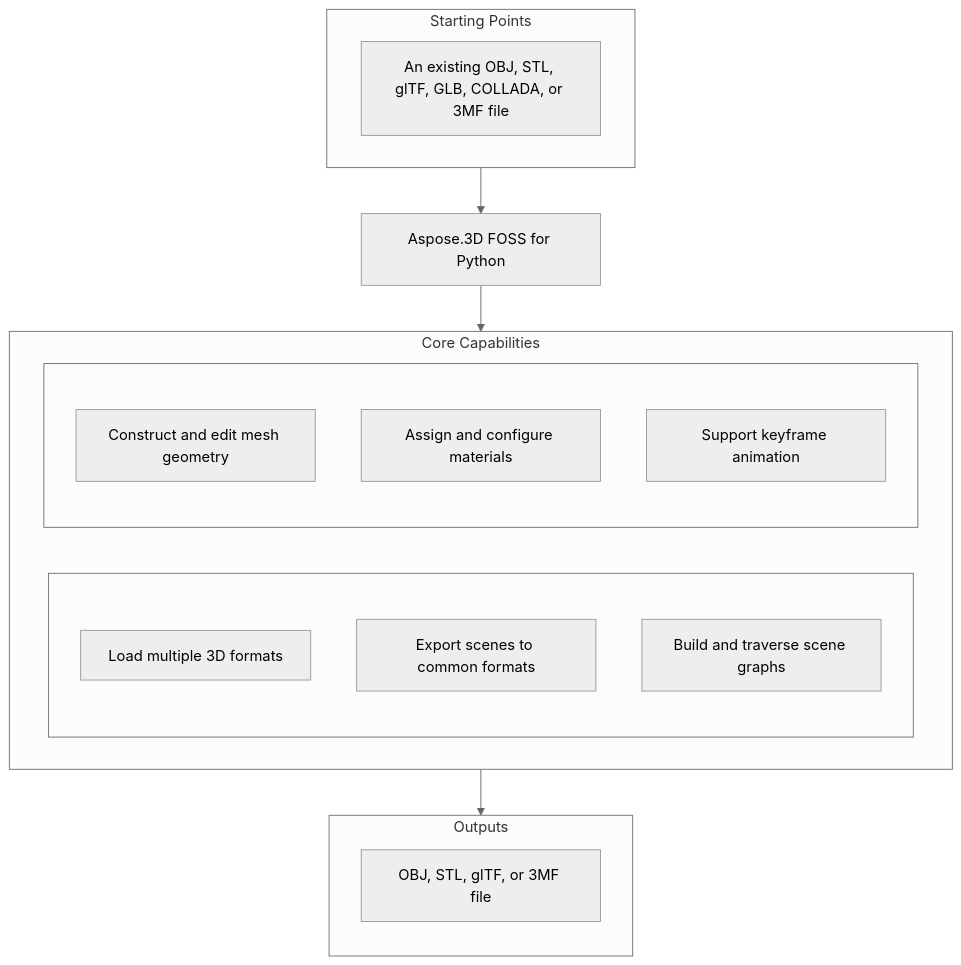
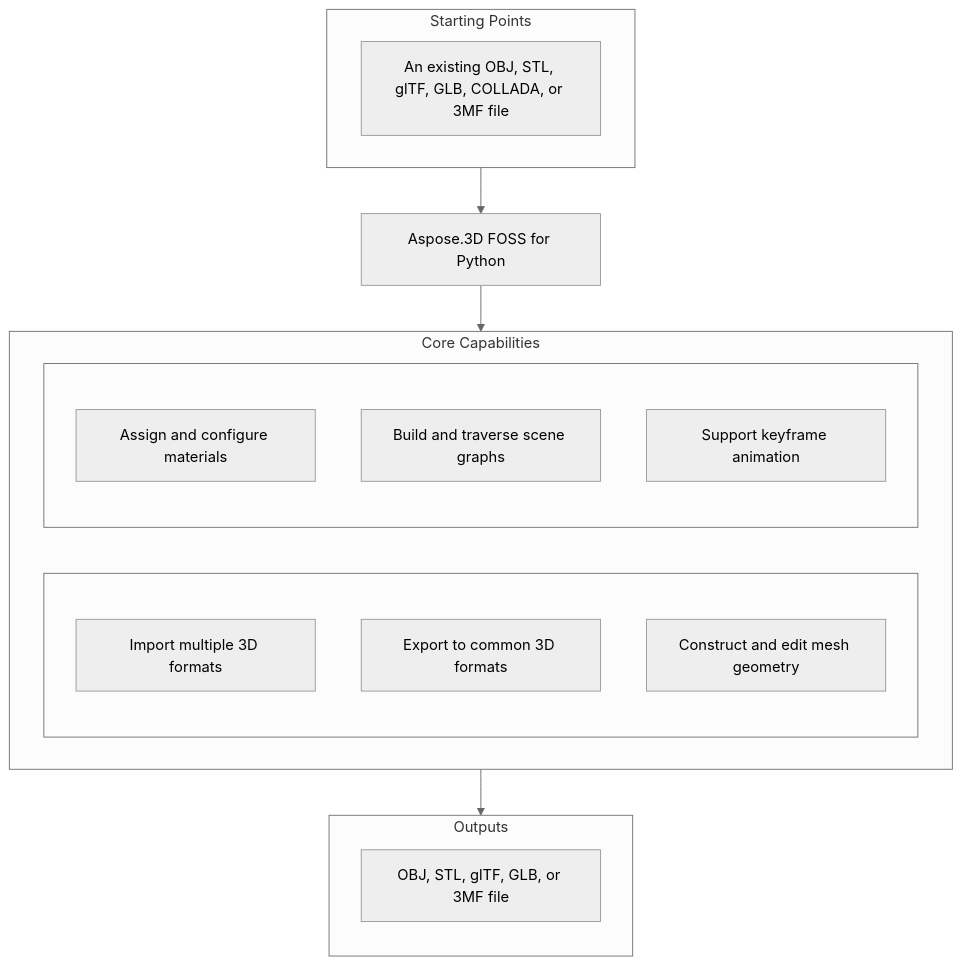
The diagram in candidates/aspose-3d-foss__Aspose.3D-FOSS-for-Python/65b1f577c0f16d0d9112bb6c1153d3024543ac02/README.md (babar-raza/repository-presenter), drawn with Mermaid (neutral theme) before and after one commit. The commit also changed other lines of this file and 13 other files, not shown here.

````diff
--- a/candidates/aspose-3d-foss__Aspose.3D-FOSS-for-Python/65b1f577c0f16d0d9112bb6c1153d3024543ac02/README.md
+++ b/candidates/aspose-3d-foss__Aspose.3D-FOSS-for-Python/65b1f577c0f16d0d9112bb6c1153d3024543ac02/README.md
@@ -25,28 +25,28 @@
 ```mermaid
 flowchart TD
   subgraph StartingPoints["Starting Points"]
     direction LR
     i1["An existing OBJ, STL, glTF, GLB, COLLADA, or 3MF file"]
   end
   PRODUCT["Aspose.3D FOSS for Python"]
   subgraph Capabilities["Core Capabilities"]
     direction LR
     subgraph capl[" "]
       direction TB
-      c1["Load multiple 3D formats"]
-      c2["Export scenes to common formats"]
-      c3["Build and traverse scene graphs"]
+      c1["Import multiple 3D formats"]
+      c2["Export to common 3D formats"]
+      c3["Construct and edit mesh geometry"]
     end
     subgraph capr[" "]
       direction TB
-      c4["Construct and edit mesh geometry"]
-      c5["Assign and configure materials"]
+      c4["Assign and configure materials"]
+      c5["Build and traverse scene graphs"]
       c6["Support keyframe animation"]
     end
   end
   subgraph Outputs["Outputs"]
     direction TB
-    o1["OBJ, STL, glTF, or 3MF file"]
+    o1["OBJ, STL, glTF, GLB, or 3MF file"]
   end
   StartingPoints --> PRODUCT --> Capabilities --> Outputs
 ```
````
